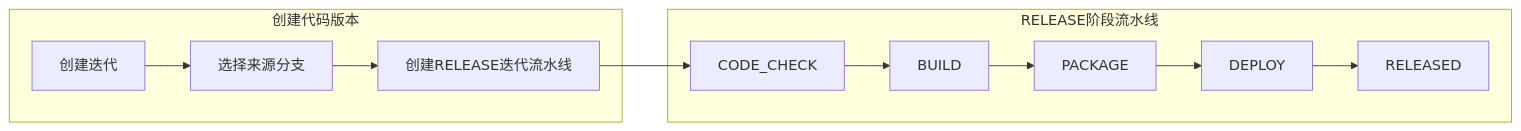
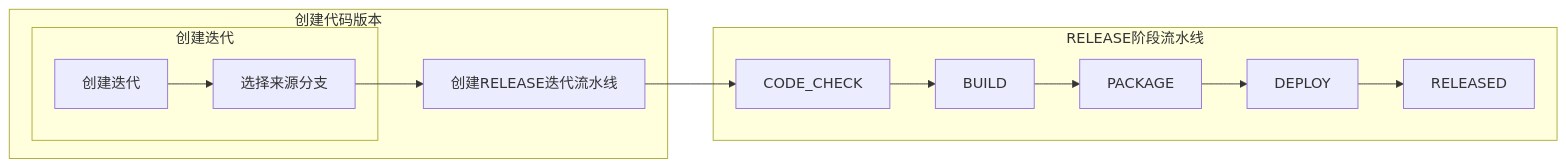
The third of 8 diagrams in docs/plans/procode-platform/hld/hld.md (qdw497874677/high-code-doc), drawn with Mermaid before and after one commit.

Commit message:
docs: 简化流程图保留创建迭代的subgraph结构

````diff
--- a/docs/plans/procode-platform/hld/hld.md
+++ b/docs/plans/procode-platform/hld/hld.md
@@ -154,16 +154,18 @@
 ```mermaid
 flowchart LR
     subgraph 创建代码版本
-        A1[创建迭代] --> A2[选择来源分支]
+        subgraph 创建迭代
+            A1[创建迭代] --> A2[选择来源分支]
+        end
         A2 --> B0[创建RELEASE迭代流水线]
     end
 
     B0 --> C1
 
     subgraph RELEASE阶段流水线
         C1[CODE_CHECK] --> C2[BUILD]
         C2 --> C3[PACKAGE]
         C3 --> C4[DEPLOY]
         C4 --> C5[RELEASED]
     end
 ```
````
